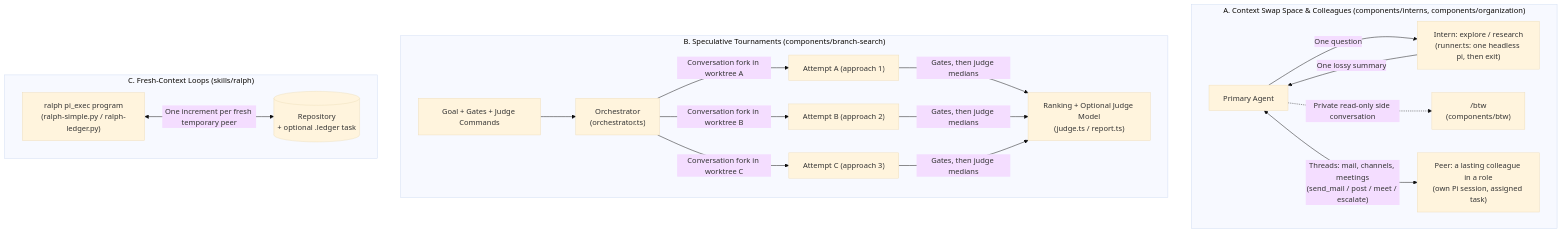
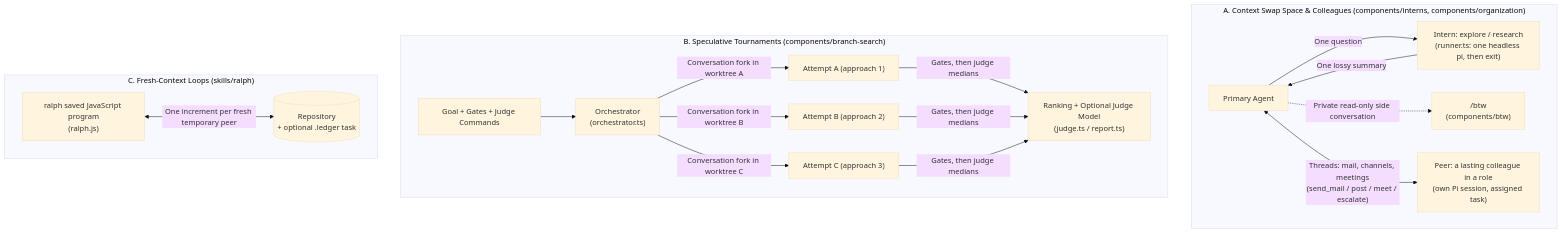
One commit to z3z1ma/apple-pi changed the sixth of 7 diagrams in README.md. Above: the diagram before and after it, drawn with Mermaid (base theme). The commit also changed other lines of this file and 40 other files, not shown here.

````diff
--- a/README.md
+++ b/README.md
@@ -338,21 +317,21 @@
 ```mermaid
 flowchart TB
     subgraph SwapSpace["A. Context Swap Space & Colleagues (components/interns, components/organization)"]
         Parent["Primary Agent"] -->|One question| Intern["Intern: explore / research<br/>(runner.ts: one headless pi, then exit)"]
         Intern -->|One lossy summary| Parent
         Parent -.->|Private read-only side conversation| BTW["/btw<br/>(components/btw)"]
         Parent <-->|"Threads: mail, channels, meetings<br/>(send_mail / post / meet / escalate)"| Peer["Peer: a lasting colleague in a role<br/>(own Pi session, assigned task)"]
     end
 
     subgraph Tournament["B. Speculative Tournaments (components/branch-search)"]
         Prompt["Goal + Gates + Judge Commands"] --> Orch["Orchestrator<br/>(orchestrator.ts)"]
         Orch -->|Conversation fork in worktree A| WTA["Attempt A (approach 1)"]
         Orch -->|Conversation fork in worktree B| WTB["Attempt B (approach 2)"]
         Orch -->|Conversation fork in worktree C| WTC["Attempt C (approach 3)"]
         WTA & WTB & WTC -->|Gates, then judge medians| Judge["Ranking + Optional Judge Model<br/>(judge.ts / report.ts)"]
     end
 
     subgraph Loops["C. Fresh-Context Loops (skills/ralph)"]
-        Ralph["ralph pi_exec program<br/>(ralph-simple.py / ralph-ledger.py)"] <-->|One increment per fresh temporary peer| LState[("Repository<br/>+ optional .ledger task")]
+        Ralph["ralph saved JavaScript program<br/>(ralph.js)"] <-->|One increment per fresh temporary peer| LState[("Repository<br/>+ optional .ledger task")]
     end
 ```
````
